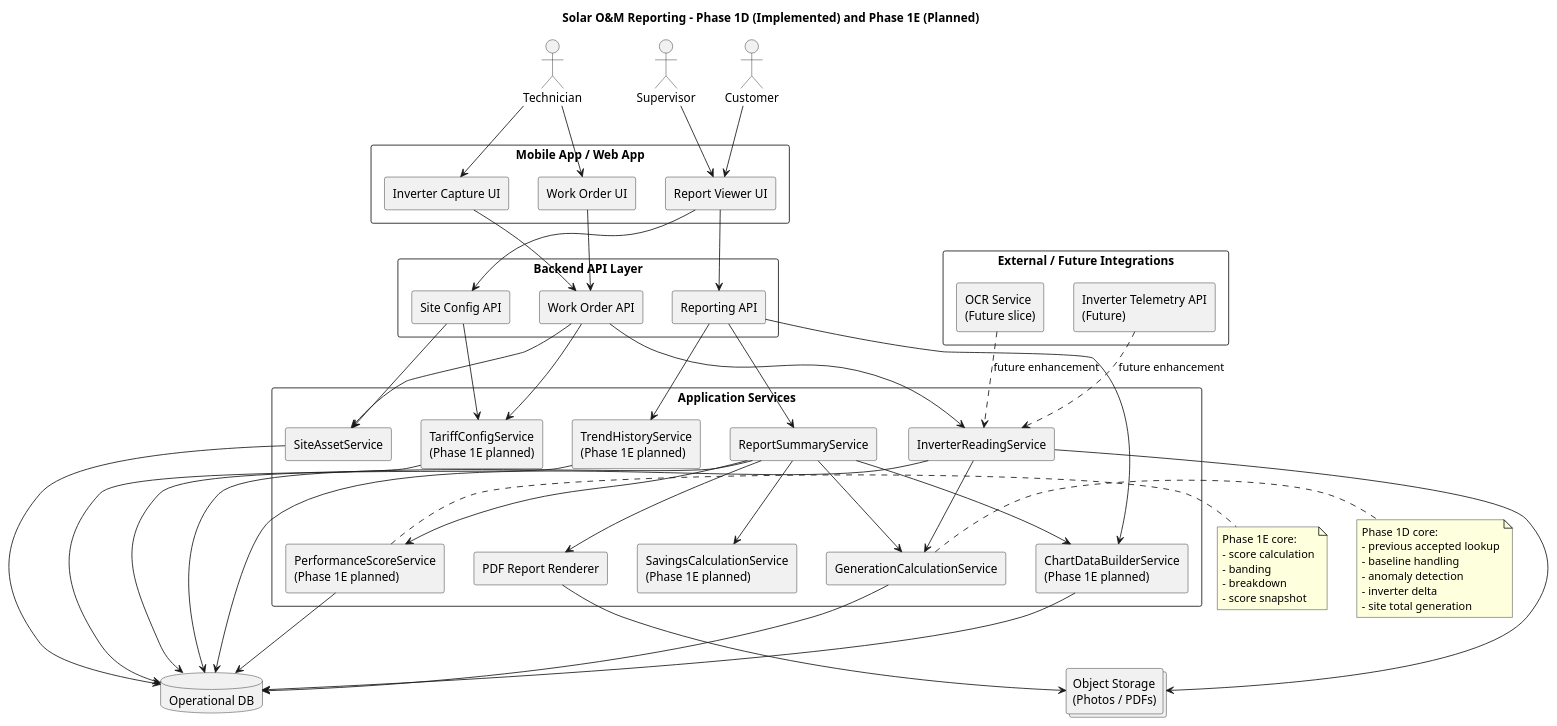
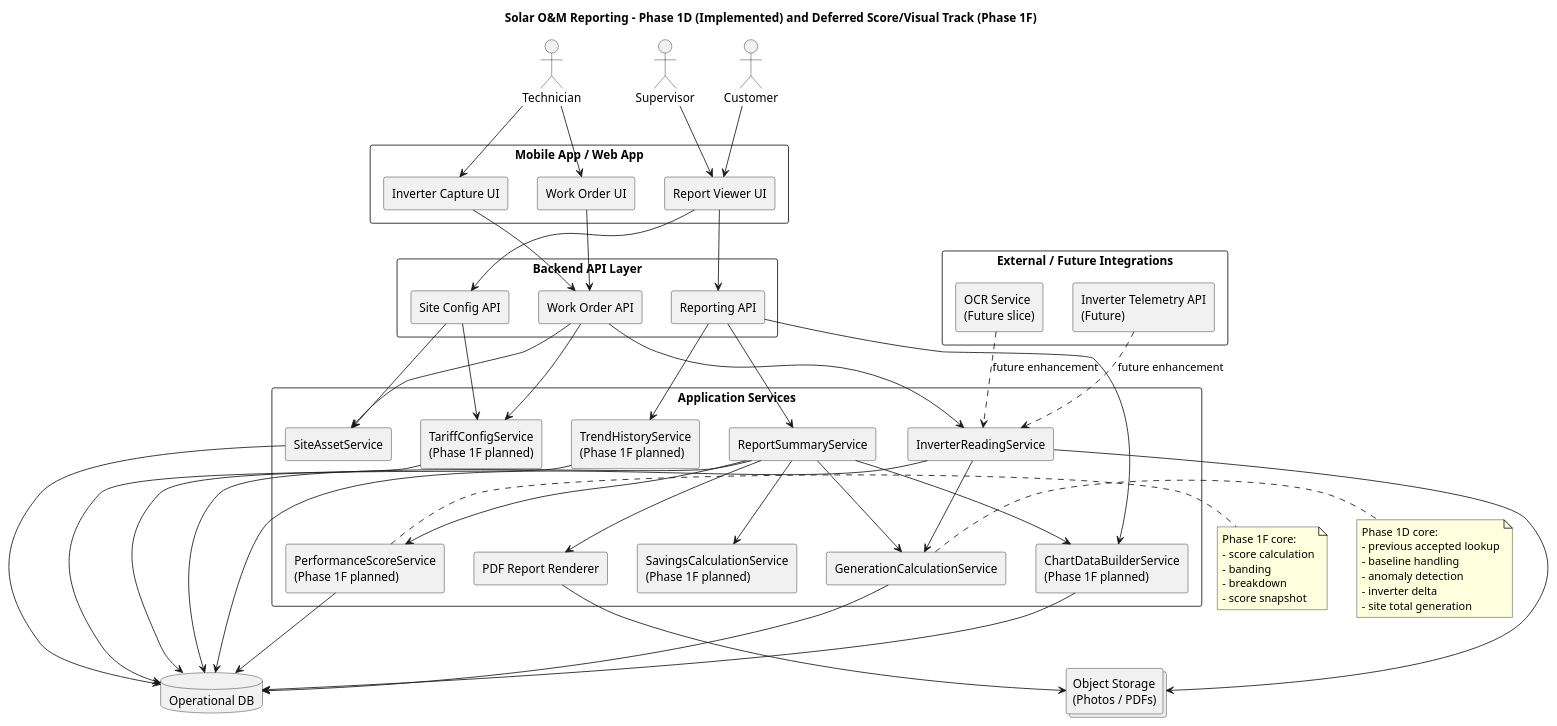
The diagram in docs/phase1d/PowerGenerationReporting_ARCH.puml (sonimanish0604/neilsolaramc), drawn with PlantUML before and after one commit. The commit also changed 33 other files, not shown here.

```diff
--- a/docs/phase1d/PowerGenerationReporting_ARCH.puml
+++ b/docs/phase1d/PowerGenerationReporting_ARCH.puml
@@ -1,105 +1,105 @@
 @startuml
-title Solar O&M Reporting - Phase 1D (Implemented) and Phase 1E (Planned)
+title Solar O&M Reporting - Phase 1D (Implemented) and Deferred Score/Visual Track (Phase 1F)
 
 skinparam componentStyle rectangle
 skinparam shadowing false
 skinparam packageStyle rectangle
 
 actor Technician
 actor Supervisor
 actor Customer
 
 rectangle "Mobile App / Web App" as App {
   component "Work Order UI" as WorkOrderUI
   component "Inverter Capture UI" as InverterUI
   component "Report Viewer UI" as ReportUI
 }
 
 rectangle "Backend API Layer" as API {
   component "Work Order API" as WorkOrderAPI
   component "Site Config API" as SiteConfigAPI
   component "Reporting API" as ReportingAPI
 }
 
 package "Application Services" {
   component "SiteAssetService" as SiteAssetService
-  component "TariffConfigService\n(Phase 1E planned)" as TariffConfigService
+  component "TariffConfigService\n(Phase 1F planned)" as TariffConfigService
   component "InverterReadingService" as InverterReadingService
   component "GenerationCalculationService" as GenerationCalculationService
-  component "SavingsCalculationService\n(Phase 1E planned)" as SavingsCalculationService
-  component "PerformanceScoreService\n(Phase 1E planned)" as PerformanceScoreService
-  component "TrendHistoryService\n(Phase 1E planned)" as TrendHistoryService
+  component "SavingsCalculationService\n(Phase 1F planned)" as SavingsCalculationService
+  component "PerformanceScoreService\n(Phase 1F planned)" as PerformanceScoreService
+  component "TrendHistoryService\n(Phase 1F planned)" as TrendHistoryService
   component "ReportSummaryService" as ReportSummaryService
-  component "ChartDataBuilderService\n(Phase 1E planned)" as ChartDataBuilderService
+  component "ChartDataBuilderService\n(Phase 1F planned)" as ChartDataBuilderService
   component "PDF Report Renderer" as PDFRenderer
 }
 
 database "Operational DB" as DB
 collections "Object Storage\n(Photos / PDFs)" as Storage
 
 rectangle "External / Future Integrations" as Future {
   component "OCR Service\n(Future slice)" as OCRService
   component "Inverter Telemetry API\n(Future)" as TelemetryAPI
 }
 
 Technician --> WorkOrderUI
 Technician --> InverterUI
 Supervisor --> ReportUI
 Customer --> ReportUI
 
 WorkOrderUI --> WorkOrderAPI
 InverterUI --> WorkOrderAPI
 ReportUI --> ReportingAPI
 ReportUI --> SiteConfigAPI
 
 WorkOrderAPI --> InverterReadingService
 WorkOrderAPI --> SiteAssetService
 WorkOrderAPI --> TariffConfigService
 
 SiteConfigAPI --> SiteAssetService
 SiteConfigAPI --> TariffConfigService
 
 ReportingAPI --> ReportSummaryService
 ReportingAPI --> TrendHistoryService
 ReportingAPI --> ChartDataBuilderService
 
 InverterReadingService --> GenerationCalculationService
 ReportSummaryService --> GenerationCalculationService
 ReportSummaryService --> SavingsCalculationService
 ReportSummaryService --> PerformanceScoreService
 ReportSummaryService --> ChartDataBuilderService
 ReportSummaryService --> PDFRenderer
 
 SiteAssetService --> DB
 TariffConfigService --> DB
 InverterReadingService --> DB
 GenerationCalculationService --> DB
 TrendHistoryService --> DB
 ReportSummaryService --> DB
 PerformanceScoreService --> DB
 ChartDataBuilderService --> DB
 
 InverterReadingService --> Storage
 PDFRenderer --> Storage
 
 OCRService ..> InverterReadingService : future enhancement
 TelemetryAPI ..> InverterReadingService : future enhancement
 
 note right of GenerationCalculationService
 Phase 1D core:
 - previous accepted lookup
 - baseline handling
 - anomaly detection
 - inverter delta
 - site total generation
 end note
 
 note right of PerformanceScoreService
-Phase 1E core:
+Phase 1F core:
 - score calculation
 - banding
 - breakdown
 - score snapshot
 end note
 
 @enduml
```
